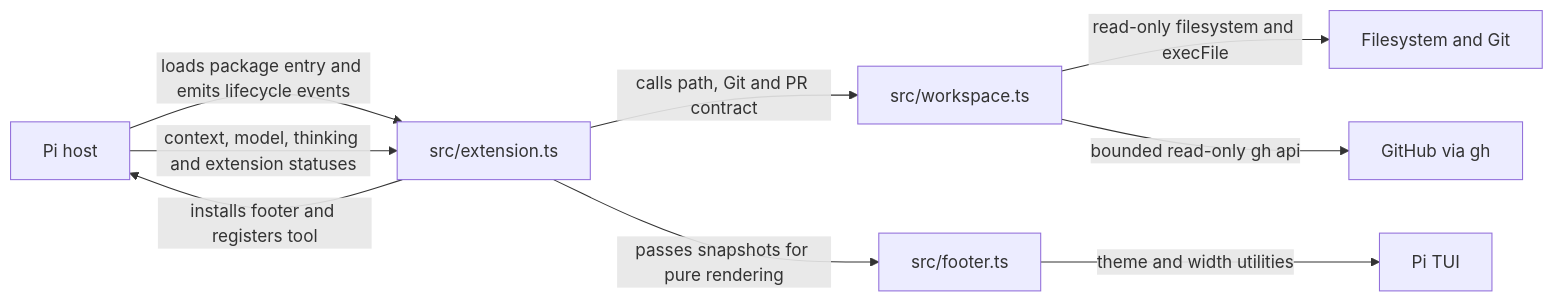
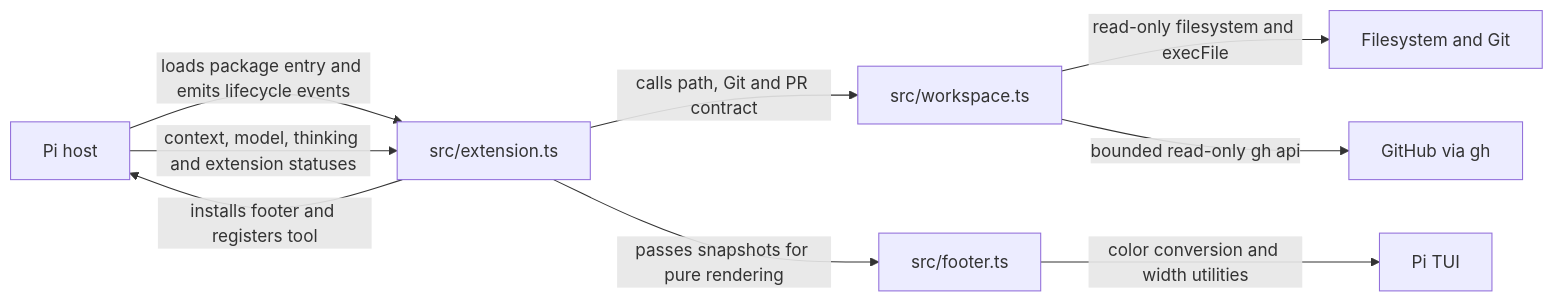
Before and after one commit to jigenator/industrial-os: the first of 2 diagrams in pi/status-bar/docs/architecture.md, drawn with Mermaid. The commit also changed other lines of this file and 9 other files, not shown here.

````diff
--- a/pi/status-bar/docs/architecture.md
+++ b/pi/status-bar/docs/architecture.md
@@ -8,11 +8,11 @@
 ```mermaid
 flowchart LR
   Host[Pi host] -->|loads package entry and emits lifecycle events| Extension[src/extension.ts]
   Extension -->|calls path, Git and PR contract| Workspace[src/workspace.ts]
   Extension -->|passes snapshots for pure rendering| Footer[src/footer.ts]
   Host -->|context, model, thinking and extension statuses| Extension
   Workspace -->|read-only filesystem and execFile| Local[Filesystem and Git]
   Workspace -->|bounded read-only gh api| GitHub[GitHub via gh]
-  Footer -->|theme and width utilities| TUI[Pi TUI]
+  Footer -->|color conversion and width utilities| TUI[Pi TUI]
   Extension -->|installs footer and registers tool| Host
 ```
````
